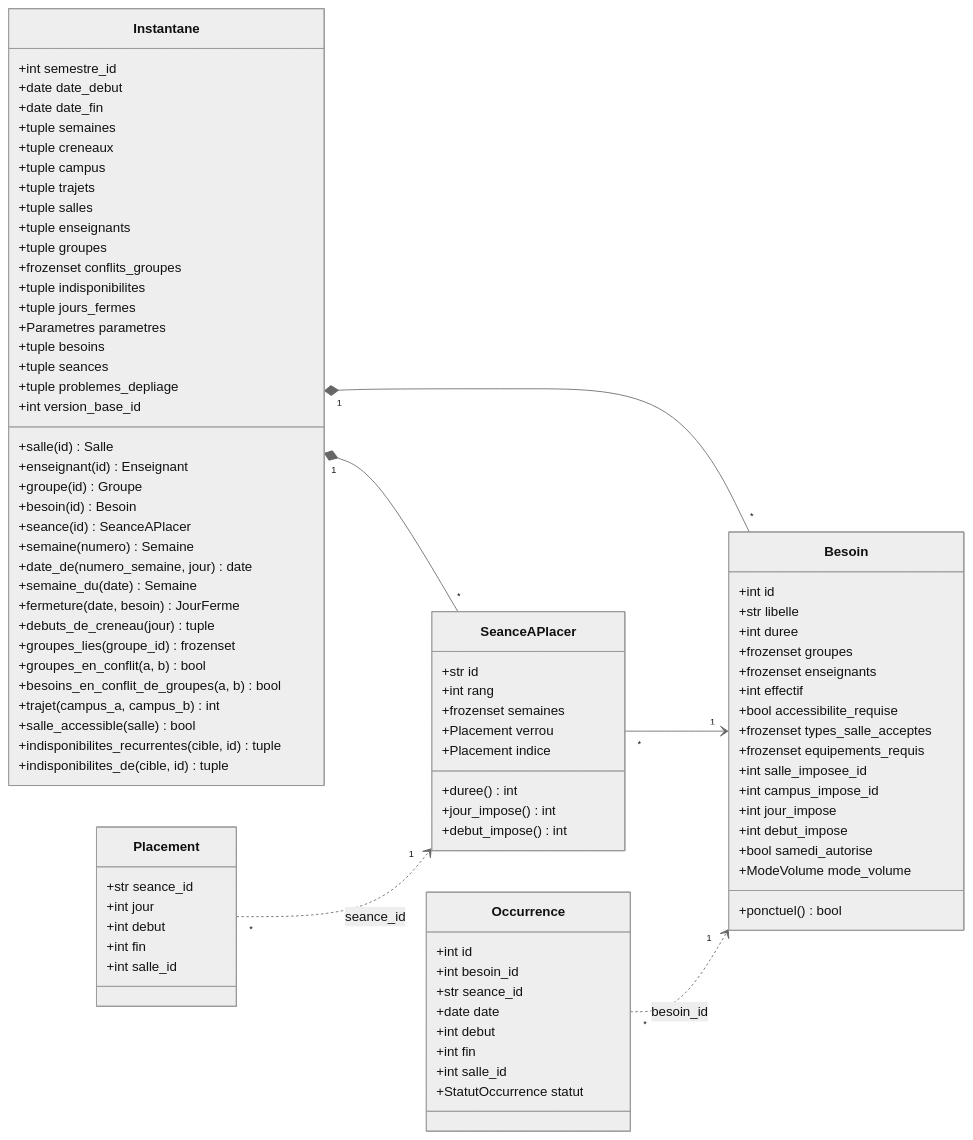
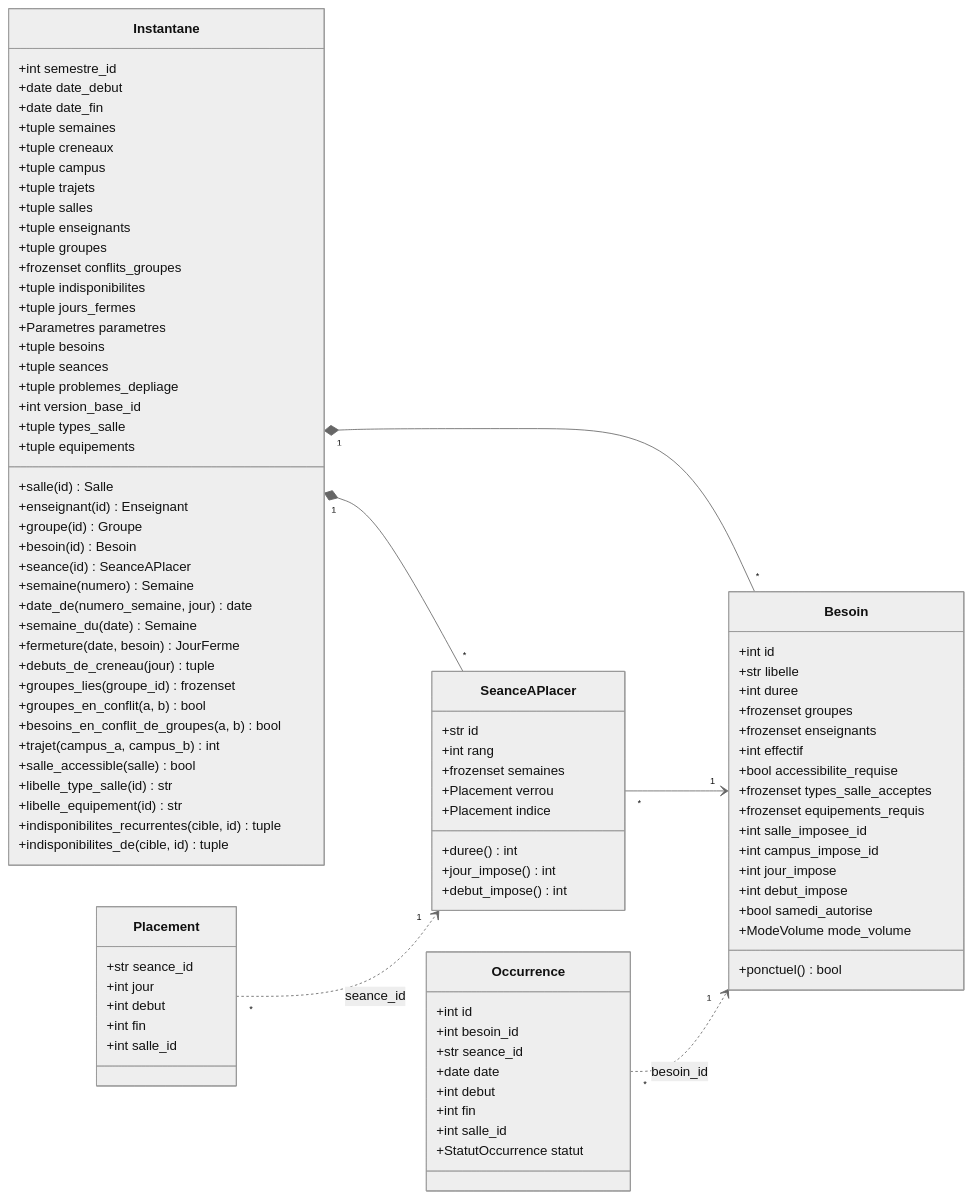
The diagram in docs/architecture.md (Maki882/projet-edt), drawn with Mermaid (neutral theme) before and after one commit. The commit also changed other lines of this file and 3 other files, not shown here.

First line of the commit message:
Expose les libellés des types de salle et des équipements dans l'instantané

```diff
--- a/docs/architecture.md
+++ b/docs/architecture.md
@@ -285,6 +285,8 @@
         +tuple seances
         +tuple problemes_depliage
         +int version_base_id
+        +tuple types_salle
+        +tuple equipements
         +salle(id) Salle
         +enseignant(id) Enseignant
         +groupe(id) Groupe
@@ -300,6 +302,8 @@
         +besoins_en_conflit_de_groupes(a, b) bool
         +trajet(campus_a, campus_b) int
         +salle_accessible(salle) bool
+        +libelle_type_salle(id) str
+        +libelle_equipement(id) str
         +indisponibilites_recurrentes(cible, id) tuple
         +indisponibilites_de(cible, id) tuple
     }
```
